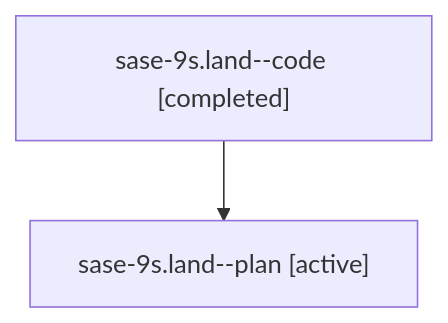
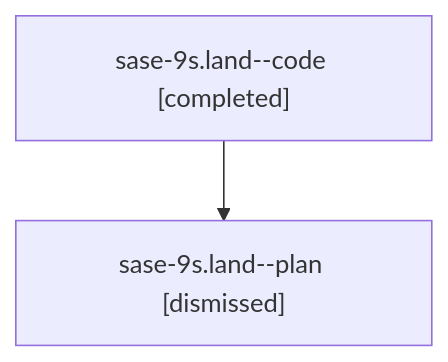
The diagram in sessions/bbugyi200.athena.sase-9s.land.md (sase-org/sase--agents), drawn with Mermaid before and after one commit. The commit also changed other lines of this file and 111 other files, not shown here.

````diff
--- a/sessions/bbugyi200.athena.sase-9s.land.md
+++ b/sessions/bbugyi200.athena.sase-9s.land.md
@@ -9,6 +9,6 @@
 ```mermaid
 flowchart TD
   n0["sase-9s.land--code [completed]"]
-  n1["sase-9s.land--plan [active]"]
+  n1["sase-9s.land--plan [dismissed]"]
   n0 --> n1
 ```
````
